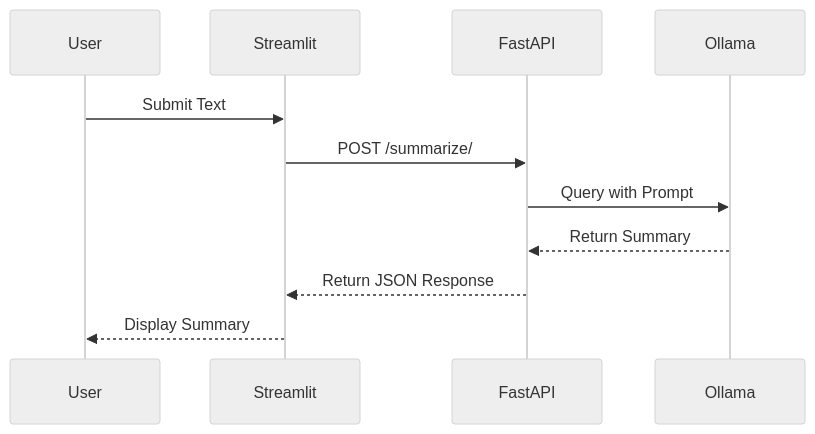
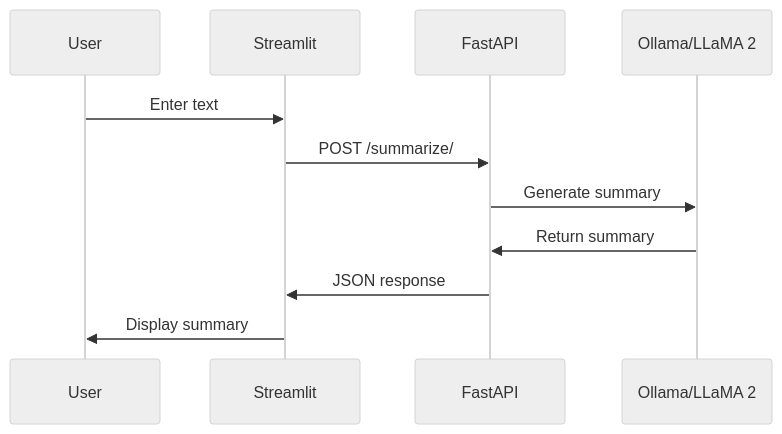
One commit to lantzmurray/llama-text-summarizer-v2 changed the second of 2 diagrams in README.md. Above: the diagram before and after it, drawn with Mermaid (neutral theme). The commit also changed other lines of this file, not shown here.

Commit message:
Add comprehensive README with business case, architecture diagrams, and interview talking points

````diff
--- a/README.md
+++ b/README.md
@@ -46,14 +63,14 @@
 ```mermaid
 sequenceDiagram
     participant User
     participant Frontend as Streamlit
-    participant Backend as FastAPI
-    participant LLM as Ollama
+    participant API as FastAPI
+    participant LLM as Ollama/LLaMA 2
     
-    User->>Frontend: Submit Text
-    Frontend->>Backend: POST /summarize/
-    Backend->>LLM: Query with Prompt
-    LLM-->>Backend: Return Summary
-    Backend-->>Frontend: Return JSON Response
-    Frontend-->>User: Display Summary
+    User->>Frontend: Enter text
+    Frontend->>API: POST /summarize/
+    API->>LLM: Generate summary
+    LLM->>API: Return summary
+    API->>Frontend: JSON response
+    Frontend->>User: Display summary
 ```
````
